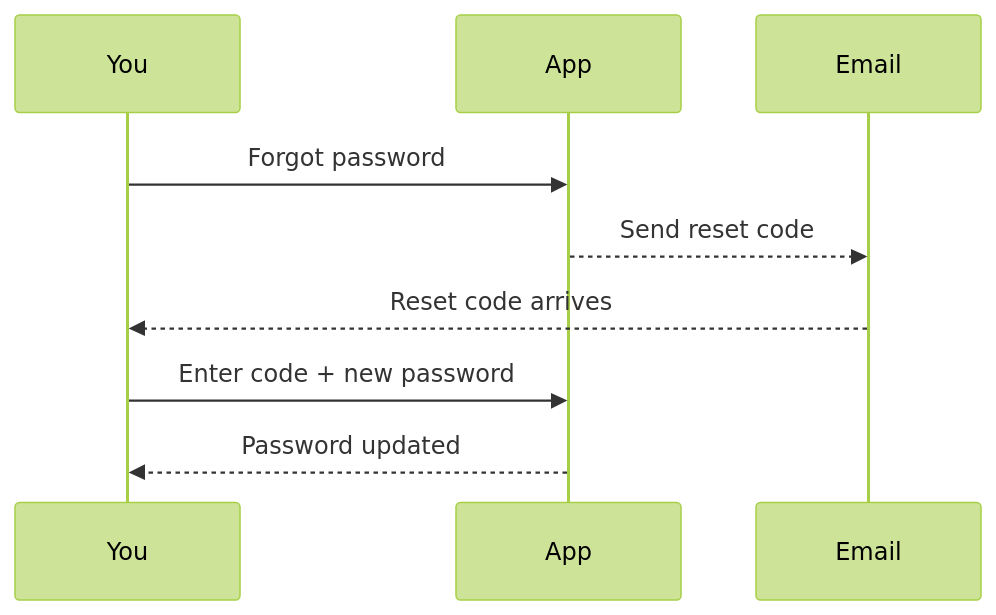
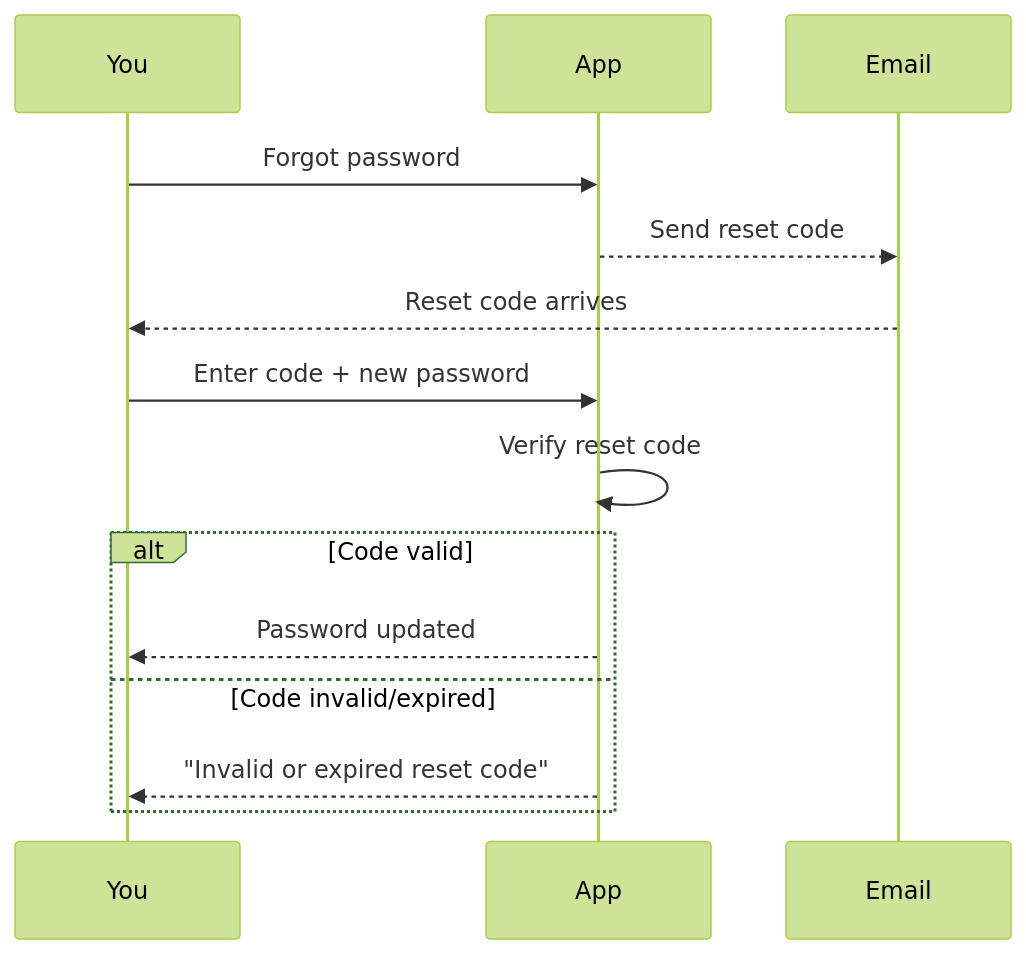
One commit to Justin322322/roofcal changed the fifth of 5 diagrams in docs/auth.md. Above: the diagram before and after it, drawn with Mermaid (forest theme). The commit also changed other lines of this file and 9 other files, not shown here.

````diff
--- a/docs/auth.md
+++ b/docs/auth.md
@@ -68,11 +88,16 @@
 ```mermaid
 sequenceDiagram
   participant You as You
   participant App as App
   participant Mail as Email
   You->>App: Forgot password
   App-->>Mail: Send reset code
   Mail-->>You: Reset code arrives
   You->>App: Enter code + new password
-  App-->>You: Password updated
+  App->>App: Verify reset code
+  alt Code valid
+    App-->>You: Password updated
+  else Code invalid/expired
+    App-->>You: "Invalid or expired reset code"
+  end
 ```
````
